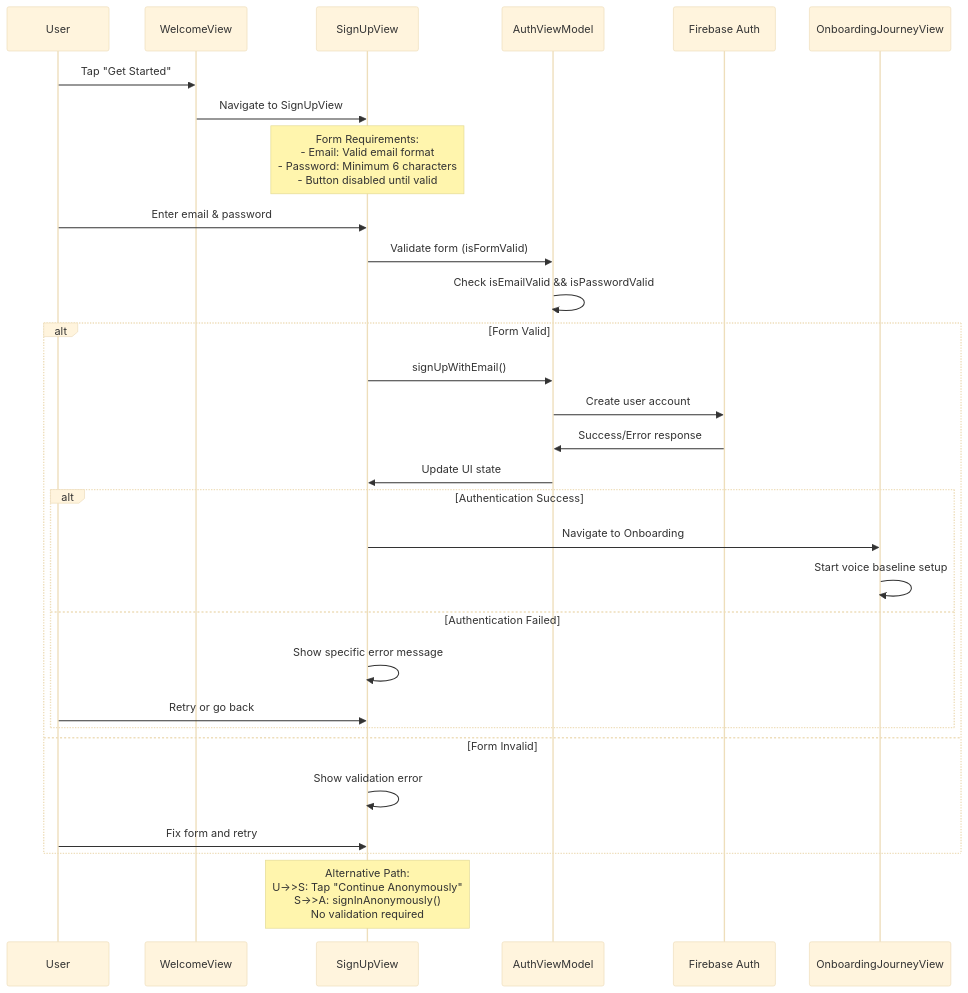
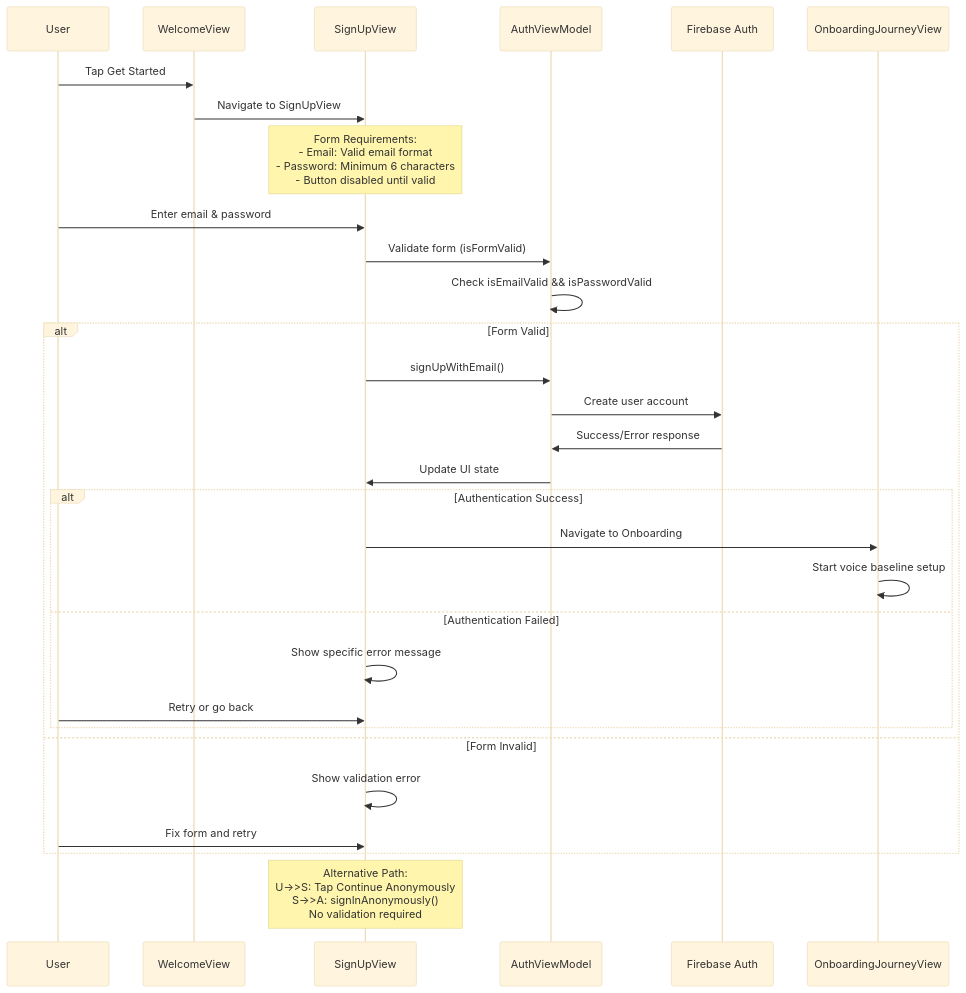
One commit to PoisonIvory/sage changed the second of 17 diagrams in USER_JOURNEY.md. Above: the diagram before and after it, drawn with Mermaid (base theme). The commit also changed other lines of this file, not shown here.

Commit message:
Fix Mermaid syntax errors by removing quotes from arrow labels

````diff
--- a/USER_JOURNEY.md
+++ b/USER_JOURNEY.md
@@ -48,38 +48,38 @@
 ```mermaid
 sequenceDiagram
     participant U as User
     participant W as WelcomeView
     participant S as SignUpView
     participant A as AuthViewModel
     participant F as Firebase Auth
     participant O as OnboardingJourneyView
     
-    U->>W: Tap "Get Started"
+    U->>W: Tap Get Started
     W->>S: Navigate to SignUpView
     
     Note over S: Form Requirements:<br/>- Email: Valid email format<br/>- Password: Minimum 6 characters<br/>- Button disabled until valid
     
     U->>S: Enter email & password
     S->>A: Validate form (isFormValid)
     A->>A: Check isEmailValid && isPasswordValid
     
     alt Form Valid
         S->>A: signUpWithEmail()
         A->>F: Create user account
         F->>A: Success/Error response
         A->>S: Update UI state
         
         alt Authentication Success
             S->>O: Navigate to Onboarding
             O->>O: Start voice baseline setup
         else Authentication Failed
             S->>S: Show specific error message
             U->>S: Retry or go back
         end
     else Form Invalid
         S->>S: Show validation error
         U->>S: Fix form and retry
     end
     
-    Note over S: Alternative Path:<br/>U->>S: Tap "Continue Anonymously"<br/>S->>A: signInAnonymously()<br/>No validation required
+    Note over S: Alternative Path:<br/>U->>S: Tap Continue Anonymously<br/>S->>A: signInAnonymously()<br/>No validation required
 ```
````
